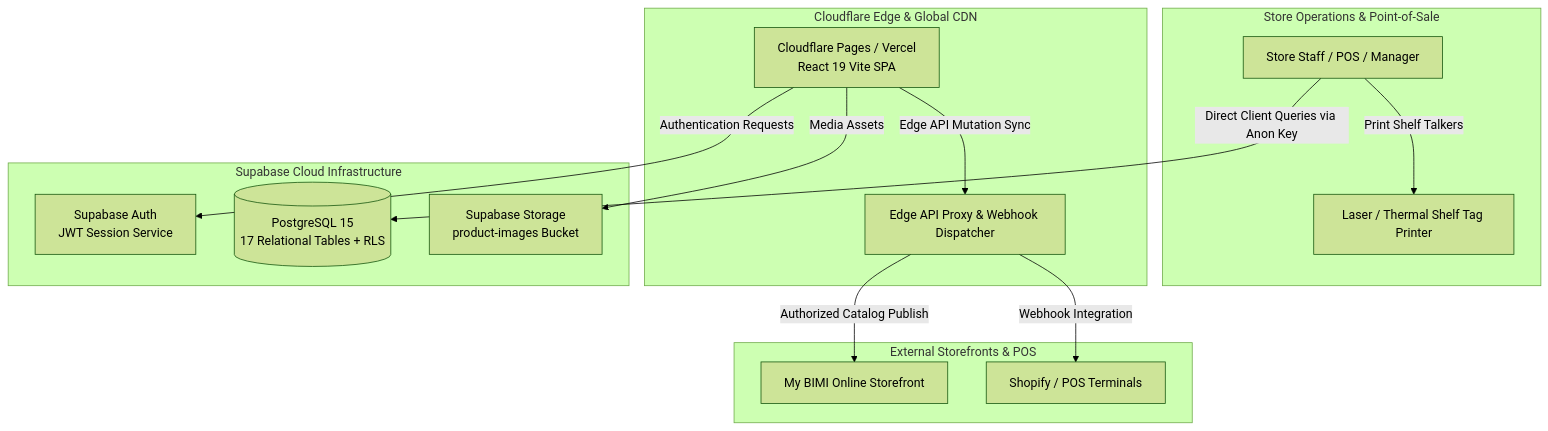
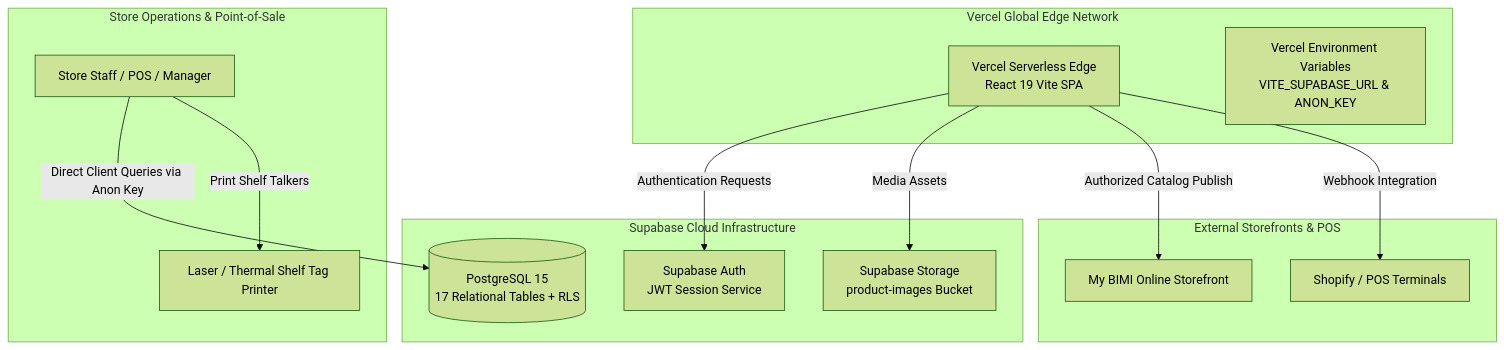
One commit to stackahmedo/myBIMI_product_studio changed the diagram in README.md. Above: the diagram before and after it, drawn with Mermaid (forest theme). The commit also changed other lines of this file, not shown here.

Commit message:
docs: streamline README exclusively for Vercel + Supabase deployment

````diff
--- a/README.md
+++ b/README.md
@@ -69,31 +68,30 @@
 ```mermaid
 flowchart TD
     subgraph ClientLayer [Store Operations & Point-of-Sale]
         Browser[Store Staff / POS / Manager]
         PrintEngine[Laser / Thermal Shelf Tag Printer]
     end
 
-    subgraph EdgeLayer [Cloudflare Edge & Global CDN]
-        Pages[Cloudflare Pages / Vercel\nReact 19 Vite SPA]
-        Worker[Edge API Proxy & Webhook Dispatcher]
+    subgraph EdgeLayer [Vercel Global Edge Network]
+        VercelApp[Vercel Serverless Edge\nReact 19 Vite SPA]
+        VercelEnv[Vercel Environment Variables\nVITE_SUPABASE_URL & ANON_KEY]
     end
 
     subgraph DatabaseLayer [Supabase Cloud Infrastructure]
         Auth[Supabase Auth\nJWT Session Service]
         Postgres[(PostgreSQL 15\n17 Relational Tables + RLS)]
         Storage[Supabase Storage\nproduct-images Bucket]
     end
 
     subgraph OmnichannelLayer [External Storefronts & POS]
         OnlineStore[My BIMI Online Storefront]
         POS[Shopify / POS Terminals]
     end
 
     Browser -->|Direct Client Queries via Anon Key| Postgres
     Browser -->|Print Shelf Talkers| PrintEngine
-    Pages -->|Edge API Mutation Sync| Worker
-    Worker -->|Authorized Catalog Publish| OnlineStore
-    Worker -->|Webhook Integration| POS
-    Pages -->|Authentication Requests| Auth
-    Pages -->|Media Assets| Storage
+    VercelApp -->|Authentication Requests| Auth
+    VercelApp -->|Media Assets| Storage
+    VercelApp -->|Authorized Catalog Publish| OnlineStore
+    VercelApp -->|Webhook Integration| POS
 ```
````
